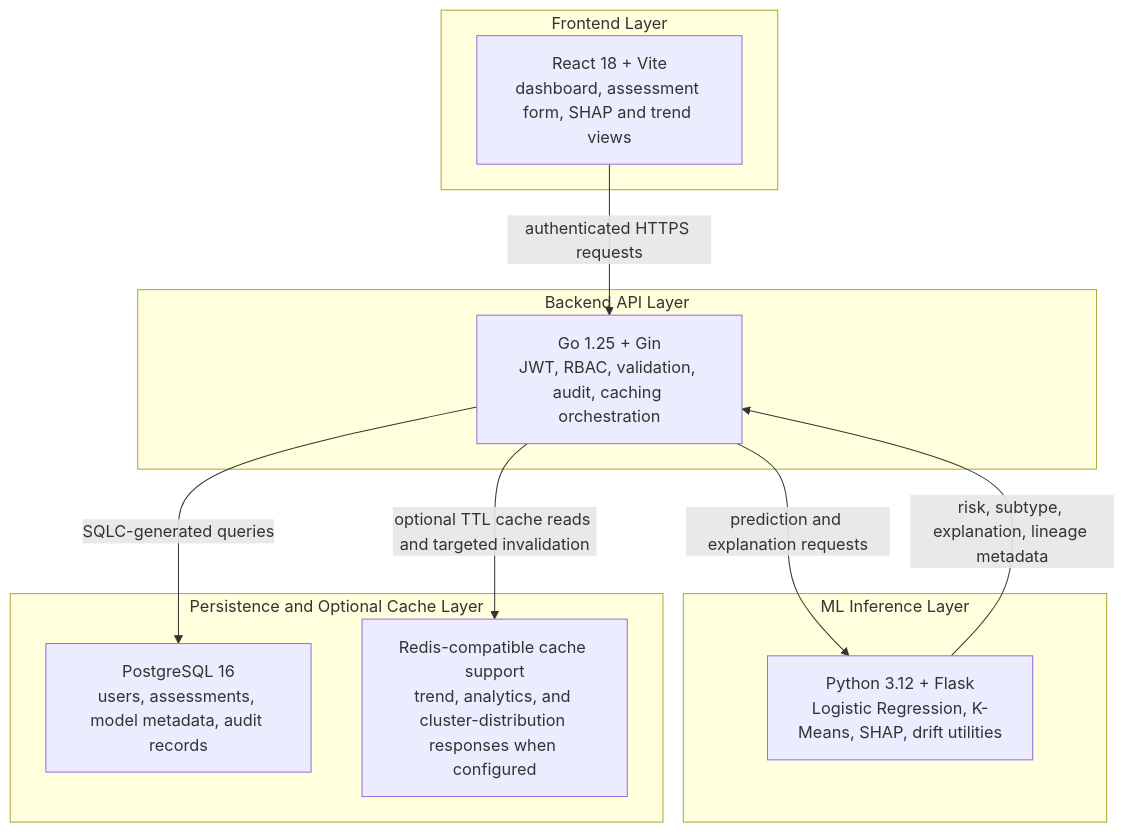
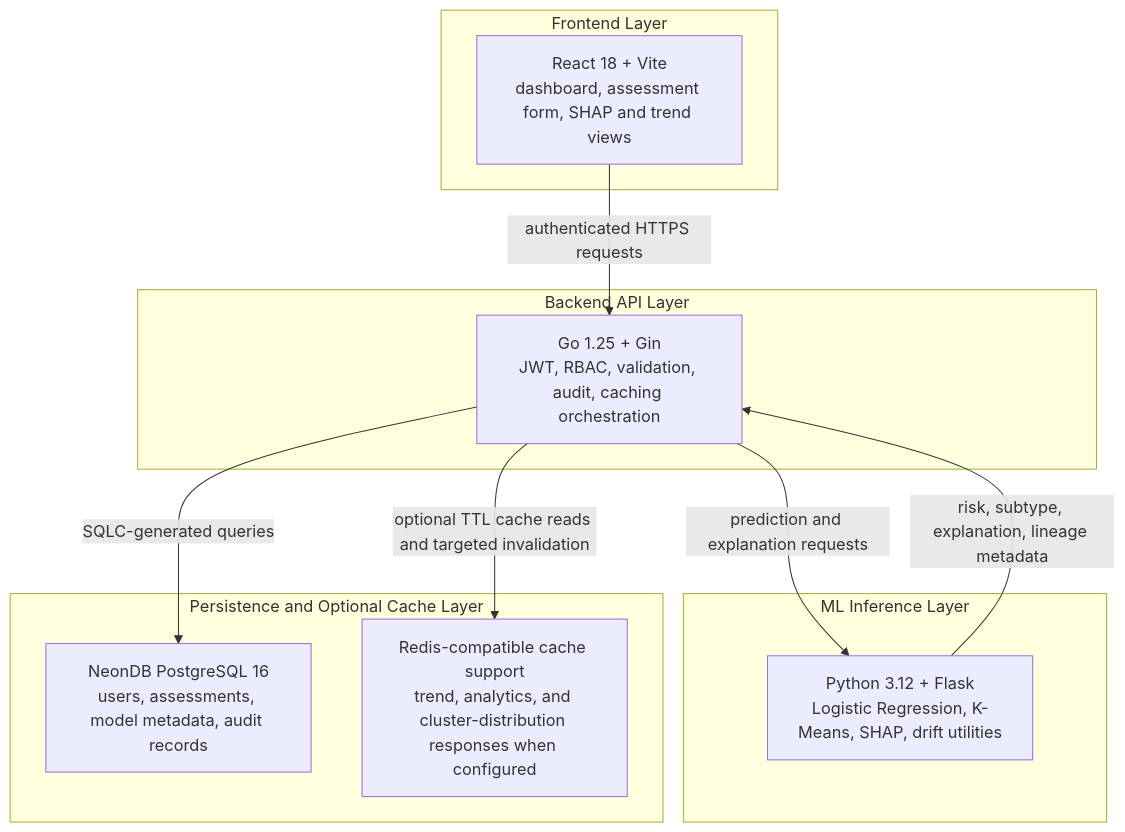
One commit to Skufu/DianaV2 changed the third of 5 diagrams in docs/07-research/thesis-drafts/ch3+4-final-academic-draft.md. Above: the diagram before and after it, drawn with Mermaid. The commit also changed other lines of this file and 46 other files, not shown here.

````diff
--- a/docs/07-research/thesis-drafts/ch3+4-final-academic-draft.md
+++ b/docs/07-research/thesis-drafts/ch3+4-final-academic-draft.md
@@ -255,25 +263,25 @@
 ```mermaid
 flowchart TB
     subgraph Client["Frontend Layer"]
         A["React 18 + Vite<br/>dashboard, assessment form, SHAP and trend views"]
     end
 
     subgraph API["Backend API Layer"]
         B["Go 1.25 + Gin<br/>JWT, RBAC, validation, audit, caching orchestration"]
     end
 
     subgraph ML["ML Inference Layer"]
         C["Python 3.12 + Flask<br/>Logistic Regression, K-Means, SHAP, drift utilities"]
     end
 
     subgraph Data["Persistence and Optional Cache Layer"]
-        D["PostgreSQL 16<br/>users, assessments, model metadata, audit records"]
+        D["NeonDB PostgreSQL 16<br/>users, assessments, model metadata, audit records"]
         E["Redis-compatible cache support<br/>trend, analytics, and cluster-distribution responses when configured"]
     end
 
     A -->|"authenticated HTTPS requests"| B
     B -->|"prediction and explanation requests"| C
     C -->|"risk, subtype, explanation, lineage metadata"| B
     B -->|"SQLC-generated queries"| D
     B -->|"optional TTL cache reads and targeted invalidation"| E
 ```
````
